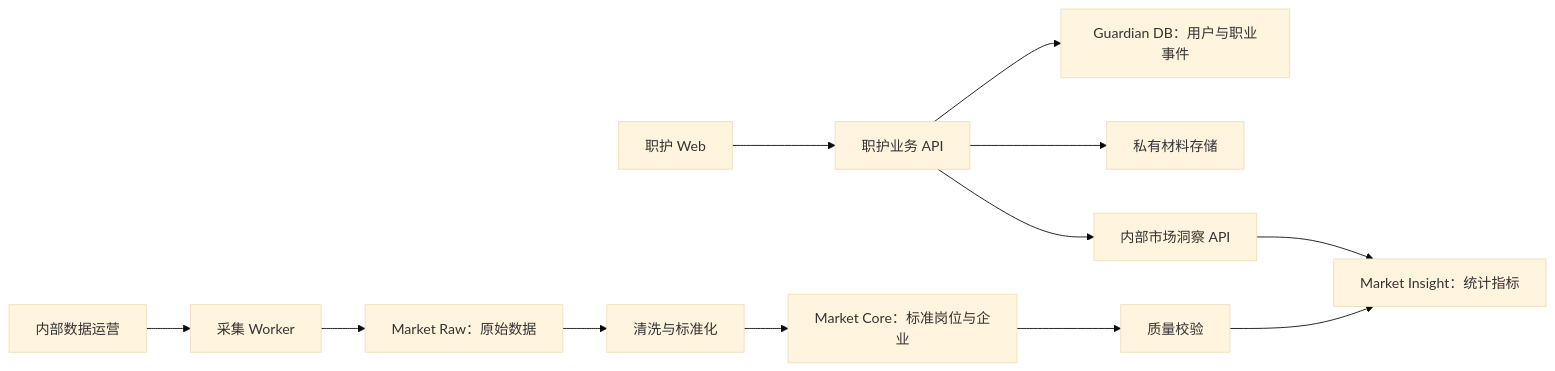
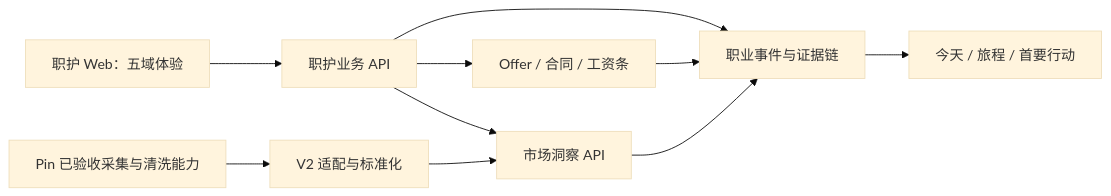
The diagram in zhihu/docx/职护 V2 开发计划.md (Userwei0418/career-guardian), drawn with Mermaid (base theme) before and after one commit. The commit also changed other lines of this file and 1 other file, not shown here.

````diff
--- a/zhihu/docx/职护 V2 开发计划.md
+++ b/zhihu/docx/职护 V2 开发计划.md
@@ -186,14 +140,12 @@
 ```mermaid
 flowchart LR
-    WEB["职护 Web"] --> API["职护业务 API"]
-    API --> GDB["Guardian DB：用户与职业事件"]
-    API --> OBJ["私有材料存储"]
-    API --> MI["内部市场洞察 API"]
-    MI --> IDB["Market Insight：统计指标"]
-    CRAWL["采集 Worker"] --> RAW["Market Raw：原始数据"]
-    RAW --> CLEAN["清洗与标准化"]
-    CLEAN --> CORE["Market Core：标准岗位与企业"]
-    CORE --> QUALITY["质量校验"]
-    QUALITY --> IDB
-    ADMIN["内部数据运营"] --> CRAWL
+    WEB["职护 Web：五域体验"] --> API["职护业务 API"]
+    API --> EVENT["职业事件与证据链"]
+    API --> MATERIAL["Offer / 合同 / 工资条"]
+    API --> MARKET["市场洞察 API"]
+    PIN["Pin 已验收采集与清洗能力"] --> ADAPTER["V2 适配与标准化"]
+    ADAPTER --> MARKET
+    EVENT --> HOME["今天 / 旅程 / 首要行动"]
+    MATERIAL --> EVENT
+    MARKET --> EVENT
 ```
````
